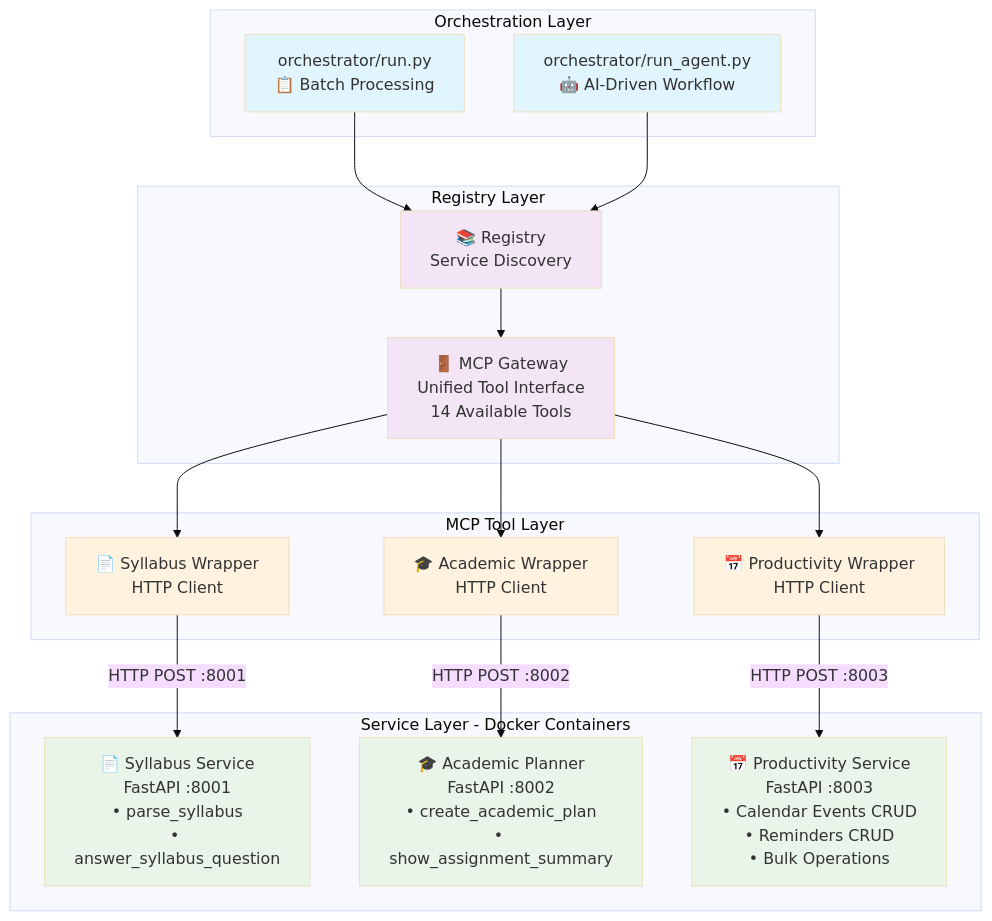
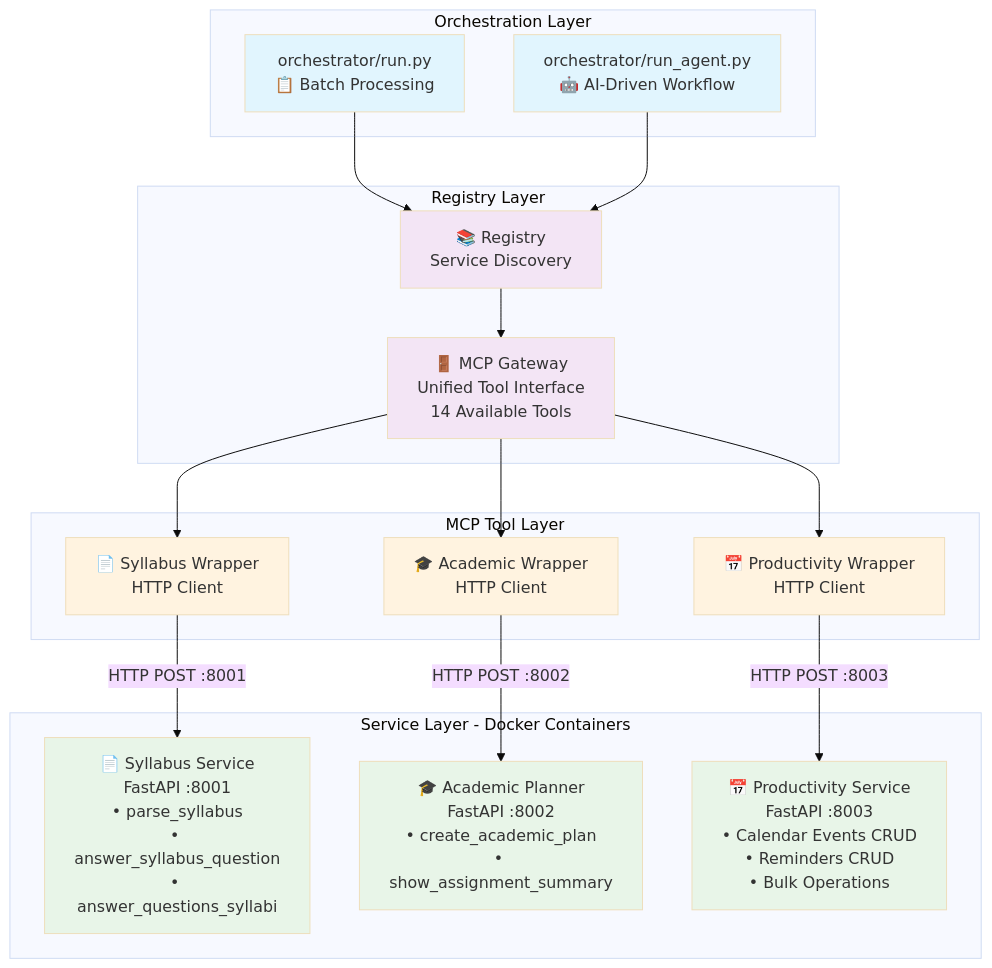
Before and after one commit to cmu-able/mcp-syllabus-example: the diagram in README.md, drawn with Mermaid (base theme).

Commit message:
docs: more meaningful service descriptions

````diff
--- a/README.md
+++ b/README.md
@@ -25,44 +25,44 @@
 ```mermaid
 graph TB
     subgraph "Orchestration Layer"
         CLI1["orchestrator/run.py<br/>📋 Batch Processing"]
         CLI2["orchestrator/run_agent.py<br/>🤖 AI-Driven Workflow"]
     end
     
     subgraph "Registry Layer"
         REGISTRY["📚 Registry<br/>Service Discovery"]
         GATEWAY["🚪 MCP Gateway<br/>Unified Tool Interface<br/>14 Available Tools"]
     end
     
     subgraph "MCP Tool Layer" 
         WRAPPER1["📄 Syllabus Wrapper<br/>HTTP Client"]
         WRAPPER2["🎓 Academic Wrapper<br/>HTTP Client"]
         WRAPPER3["📅 Productivity Wrapper<br/>HTTP Client"]
     end
     
     subgraph "Service Layer - Docker Containers"
-        SERVICE1["📄 Syllabus Service<br/>FastAPI :8001<br/>• parse_syllabus<br/>• answer_syllabus_question"]
+        SERVICE1["📄 Syllabus Service<br/>FastAPI :8001<br/>• parse_syllabus<br/>• answer_syllabus_question<br/>• answer_questions_syllabi"]
         SERVICE2["🎓 Academic Planner<br/>FastAPI :8002<br/>• create_academic_plan<br/>• show_assignment_summary"]
         SERVICE3["📅 Productivity Service<br/>FastAPI :8003<br/>• Calendar Events CRUD<br/>• Reminders CRUD<br/>• Bulk Operations"]
     end
     
     CLI1 --> REGISTRY
     CLI2 --> REGISTRY
     REGISTRY --> GATEWAY
     GATEWAY --> WRAPPER1
     GATEWAY --> WRAPPER2
     GATEWAY --> WRAPPER3
     WRAPPER1 -->|HTTP POST :8001| SERVICE1
     WRAPPER2 -->|HTTP POST :8002| SERVICE2
     WRAPPER3 -->|HTTP POST :8003| SERVICE3
     
     classDef orchestration fill:#e1f5fe
     classDef integration fill:#f3e5f5
     classDef communication fill:#fff3e0
     classDef service fill:#e8f5e8
     
     class CLI1,CLI2 orchestration
     class REGISTRY,GATEWAY integration
     class WRAPPER1,WRAPPER2,WRAPPER3 communication
     class SERVICE1,SERVICE2,SERVICE3 service
 ```
````
